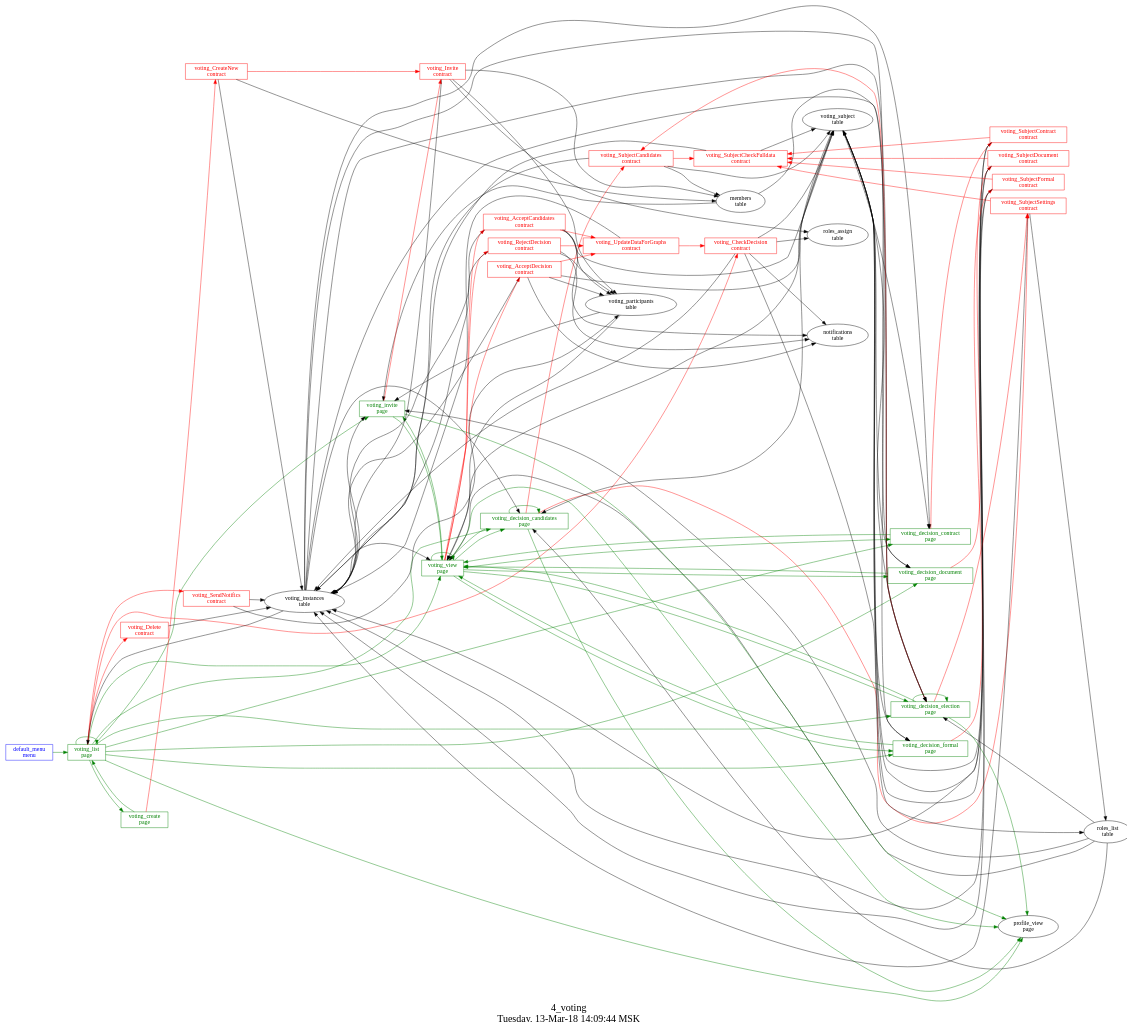
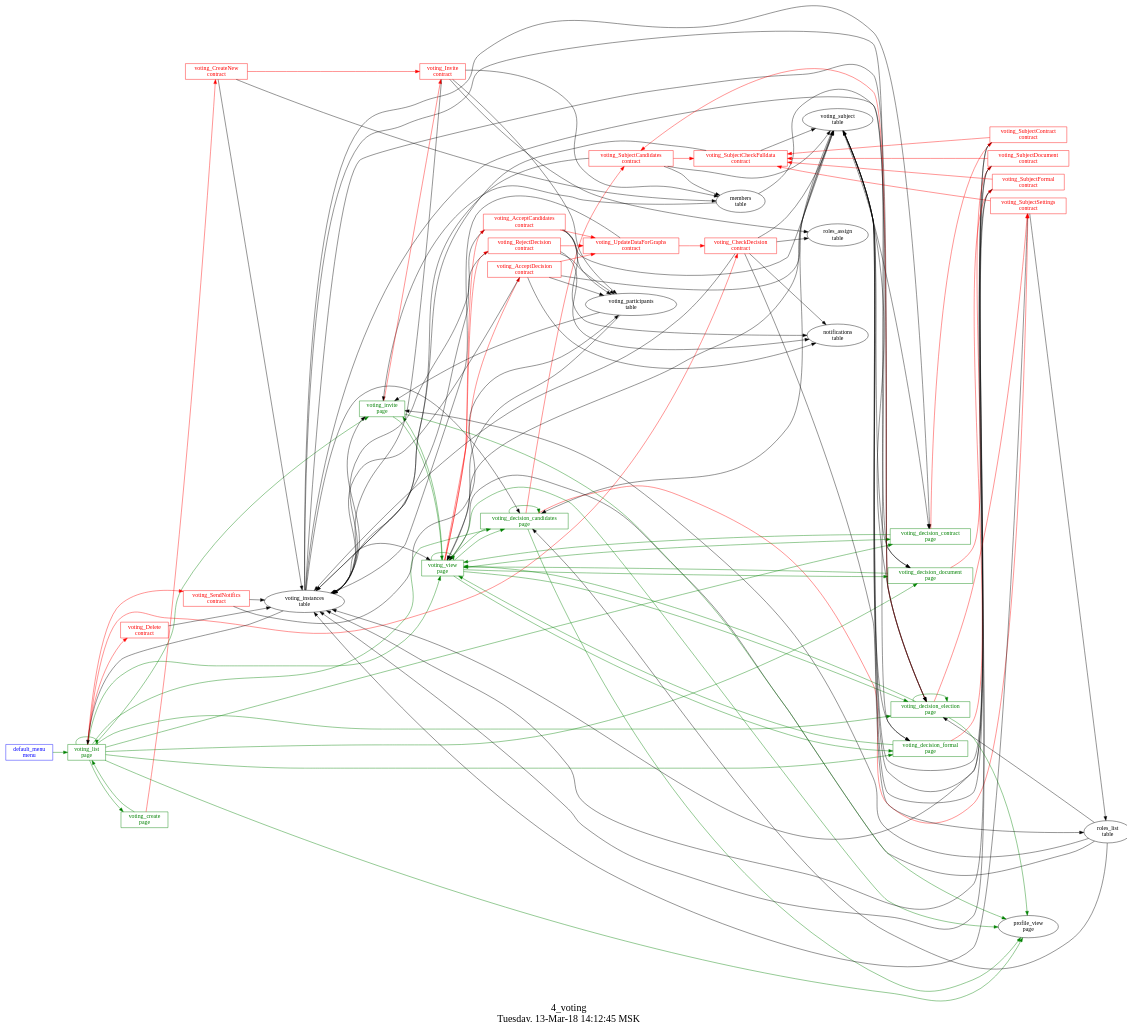
One commit to AplaProject/apps changed the diagram in src/basic/common/4_voting/struct.dot. Above: the diagram before and after it, drawn with Graphviz. The commit also changed 2 other files, not shown here.

```diff
--- a/src/basic/common/4_voting/struct.dot
+++ b/src/basic/common/4_voting/struct.dot
@@ -1,155 +1,155 @@
 digraph G {
 graph [
   fontsize="24";
-  label="4_voting\nTuesday, 13-Mar-18 14:09:44 MSK";
+  label="4_voting\nTuesday, 13-Mar-18 14:12:45 MSK";
   nojustify=true;
   ordering=out;
   rankdir=LR;
   size="30";
 ];
 "default_menu\nmenu" -> "voting_list\npage"  [ color=green ]
 "default_menu\nmenu" [color=blue, fontcolor=blue, group=menus, shape=record];
 "voting_create\npage" -> "voting_CreateNew\ncontract"  [ color=red ]
 "voting_create\npage" -> "voting_list\npage"  [ color=green ]
 "voting_create\npage" [color=green, fontcolor=green, group=pages, shape=record];
 "voting_decision_candidates\npage" -> "voting_SubjectCandidates\ncontract"  [ color=red ]
 "voting_decision_candidates\npage" -> "voting_SubjectSettings\ncontract"  [ color=red ]
 "voting_instances\ntable" -> "voting_decision_candidates\npage"  [ color="" ]
 "voting_subject\ntable" -> "voting_decision_candidates\npage"  [ color="" ]
 "roles_list\ntable" -> "voting_decision_candidates\npage"  [ color="" ]
 "voting_decision_candidates\npage" -> "voting_decision_candidates\npage"  [ color=green ]
 "voting_decision_candidates\npage" -> "profile_view\npage"  [ color=green ]
 "voting_decision_candidates\npage" -> "voting_view\npage"  [ color=green ]
 "voting_decision_candidates\npage" [color=green, fontcolor=green, group=pages, shape=record];
 "voting_decision_contract\npage" -> "voting_SubjectContract\ncontract"  [ color=red ]
 "voting_instances\ntable" -> "voting_decision_contract\npage"  [ color="" ]
 "voting_subject\ntable" -> "voting_decision_contract\npage"  [ color="" ]
 "voting_decision_contract\npage" -> "voting_view\npage"  [ color=green ]
 "voting_decision_contract\npage" [color=green, fontcolor=green, group=pages, shape=record];
 "voting_decision_document\npage" -> "voting_SubjectDocument\ncontract"  [ color=red ]
 "voting_instances\ntable" -> "voting_decision_document\npage"  [ color="" ]
 "voting_subject\ntable" -> "voting_decision_document\npage"  [ color="" ]
 "voting_decision_document\npage" -> "voting_view\npage"  [ color=green ]
 "voting_decision_document\npage" [color=green, fontcolor=green, group=pages, shape=record];
 "voting_decision_election\npage" -> "voting_SubjectCandidates\ncontract"  [ color=red ]
 "voting_decision_election\npage" -> "voting_SubjectSettings\ncontract"  [ color=red ]
 "voting_instances\ntable" -> "voting_decision_election\npage"  [ color="" ]
 "members\ntable" -> "voting_decision_election\npage"  [ color="" ]
 "voting_subject\ntable" -> "voting_decision_election\npage"  [ color="" ]
 "roles_list\ntable" -> "voting_decision_election\npage"  [ color="" ]
 "voting_decision_election\npage" -> "voting_decision_election\npage"  [ color=green ]
 "voting_decision_election\npage" -> "profile_view\npage"  [ color=green ]
 "voting_decision_election\npage" -> "voting_view\npage"  [ color=green ]
 "voting_decision_election\npage" [color=green, fontcolor=green, group=pages, shape=record];
 "voting_decision_formal\npage" -> "voting_SubjectFormal\ncontract"  [ color=red ]
 "voting_instances\ntable" -> "voting_decision_formal\npage"  [ color="" ]
 "voting_subject\ntable" -> "voting_decision_formal\npage"  [ color="" ]
 "voting_decision_formal\npage" -> "voting_view\npage"  [ color=green ]
 "voting_decision_formal\npage" [color=green, fontcolor=green, group=pages, shape=record];
 "voting_invite\npage" -> "voting_Invite\ncontract"  [ color=red ]
 "voting_instances\ntable" -> "voting_invite\npage"  [ color="" ]
 "voting_participants\ntable" -> "voting_invite\npage"  [ color="" ]
 "members\ntable" -> "voting_invite\npage"  [ color="" ]
 "roles_list\ntable" -> "voting_invite\npage"  [ color="" ]
 "voting_invite\npage" -> "profile_view\npage"  [ color=green ]
 "voting_invite\npage" -> "voting_view\npage"  [ color=green ]
 "voting_invite\npage" [color=green, fontcolor=green, group=pages, shape=record];
 "voting_list\npage" -> "voting_SendNotifics\ncontract"  [ color=red ]
 "voting_list\npage" -> "voting_CheckDecision\ncontract"  [ color=red ]
 "voting_list\npage" -> "voting_Delete\ncontract"  [ color=red ]
 "voting_instances\ntable" -> "voting_list\npage"  [ color="" ]
 "voting_list\npage" -> "voting_view\npage"  [ color=green ]
 "voting_list\npage" -> "voting_decision_candidates\npage"  [ color=green ]
 "voting_list\npage" -> "voting_decision_election\npage"  [ color=green ]
 "voting_list\npage" -> "voting_decision_document\npage"  [ color=green ]
 "voting_list\npage" -> "voting_decision_formal\npage"  [ color=green ]
 "voting_list\npage" -> "voting_decision_contract\npage"  [ color=green ]
 "voting_list\npage" -> "voting_invite\npage"  [ color=green ]
 "voting_list\npage" -> "voting_list\npage"  [ color=green ]
 "voting_list\npage" -> "profile_view\npage"  [ color=green ]
 "voting_list\npage" -> "voting_create\npage"  [ color=green ]
 "voting_list\npage" [color=green, fontcolor=green, group=pages, shape=record];
 "voting_view\npage" -> "voting_AcceptCandidates\ncontract"  [ color=red ]
 "voting_view\npage" -> "voting_RejectDecision\ncontract"  [ color=red ]
 "voting_view\npage" -> "voting_AcceptDecision\ncontract"  [ color=red ]
 "voting_instances\ntable" -> "voting_view\npage"  [ color="" ]
 "voting_participants\ntable" -> "voting_view\npage"  [ color="" ]
 "roles_list\ntable" -> "voting_view\npage"  [ color="" ]
 "voting_subject\ntable" -> "voting_view\npage"  [ color="" ]
 "voting_view\npage" -> "profile_view\npage"  [ color=green ]
 "voting_view\npage" -> "voting_view\npage"  [ color=green ]
 "voting_view\npage" -> "voting_decision_candidates\npage"  [ color=green ]
 "voting_view\npage" -> "voting_decision_election\npage"  [ color=green ]
 "voting_view\npage" -> "voting_decision_document\npage"  [ color=green ]
 "voting_view\npage" -> "voting_decision_formal\npage"  [ color=green ]
 "voting_view\npage" -> "voting_decision_contract\npage"  [ color=green ]
 "voting_view\npage" -> "voting_invite\npage"  [ color=green ]
 "voting_view\npage" [color=green, fontcolor=green, group=pages, shape=record];
 "voting_AcceptCandidates\ncontract" -> "voting_UpdateDataForGraphs\ncontract"  [ color=red ]
 "voting_AcceptCandidates\ncontract" -> "voting_instances\ntable"  [ color="" ]
 "voting_AcceptCandidates\ncontract" -> "voting_subject\ntable"  [ color="" ]
 "voting_AcceptCandidates\ncontract" -> "voting_participants\ntable"  [ color="" ]
 "voting_AcceptCandidates\ncontract" -> "notifications\ntable"  [ color="" ]
 "voting_AcceptCandidates\ncontract" [color=red, fontcolor=red, group=contracts, shape=record];
 "voting_AcceptDecision\ncontract" -> "voting_UpdateDataForGraphs\ncontract"  [ color=red ]
 "voting_AcceptDecision\ncontract" -> "voting_instances\ntable"  [ color="" ]
 "voting_AcceptDecision\ncontract" -> "voting_subject\ntable"  [ color="" ]
 "voting_AcceptDecision\ncontract" -> "voting_participants\ntable"  [ color="" ]
 "voting_AcceptDecision\ncontract" -> "notifications\ntable"  [ color="" ]
 "voting_AcceptDecision\ncontract" [color=red, fontcolor=red, group=contracts, shape=record];
 "voting_CheckDecision\ncontract" -> "voting_instances\ntable"  [ color="" ]
 "voting_CheckDecision\ncontract" -> "voting_subject\ntable"  [ color="" ]
 "voting_CheckDecision\ncontract" -> "notifications\ntable"  [ color="" ]
 "voting_CheckDecision\ncontract" -> "roles_list\ntable"  [ color="" ]
 "voting_CheckDecision\ncontract" -> "roles_assign\ntable"  [ color="" ]
 "voting_CheckDecision\ncontract" [color=red, fontcolor=red, group=contracts, shape=record];
 "voting_CreateNew\ncontract" -> "voting_Invite\ncontract"  [ color=red ]
 "voting_CreateNew\ncontract" -> "members\ntable"  [ color="" ]
 "voting_CreateNew\ncontract" -> "voting_instances\ntable"  [ color="" ]
 "voting_CreateNew\ncontract" [color=red, fontcolor=red, group=contracts, shape=record];
 "voting_Delete\ncontract" -> "voting_instances\ntable"  [ color="" ]
 "voting_Delete\ncontract" [color=red, fontcolor=red, group=contracts, shape=record];
 "voting_Invite\ncontract" -> "voting_instances\ntable"  [ color="" ]
 "voting_Invite\ncontract" -> "voting_participants\ntable"  [ color="" ]
 "voting_Invite\ncontract" -> "members\ntable"  [ color="" ]
 "voting_Invite\ncontract" -> "roles_assign\ntable"  [ color="" ]
 "voting_Invite\ncontract" [color=red, fontcolor=red, group=contracts, shape=record];
 "voting_RejectDecision\ncontract" -> "voting_UpdateDataForGraphs\ncontract"  [ color=red ]
 "voting_RejectDecision\ncontract" -> "voting_instances\ntable"  [ color="" ]
 "voting_RejectDecision\ncontract" -> "voting_participants\ntable"  [ color="" ]
 "voting_RejectDecision\ncontract" -> "notifications\ntable"  [ color="" ]
 "voting_RejectDecision\ncontract" [color=red, fontcolor=red, group=contracts, shape=record];
 "voting_SendNotifics\ncontract" -> "voting_instances\ntable"  [ color="" ]
 "voting_SendNotifics\ncontract" -> "voting_participants\ntable"  [ color="" ]
 "voting_SendNotifics\ncontract" [color=red, fontcolor=red, group=contracts, shape=record];
 "voting_SubjectCandidates\ncontract" -> "voting_SubjectCheckFulldata\ncontract"  [ color=red ]
 "voting_SubjectCandidates\ncontract" -> "voting_instances\ntable"  [ color="" ]
 "voting_SubjectCandidates\ncontract" -> "voting_subject\ntable"  [ color="" ]
 "voting_SubjectCandidates\ncontract" -> "members\ntable"  [ color="" ]
 "voting_SubjectCandidates\ncontract" [color=red, fontcolor=red, group=contracts, shape=record];
 "voting_SubjectCheckFulldata\ncontract" -> "voting_instances\ntable"  [ color="" ]
 "voting_SubjectCheckFulldata\ncontract" -> "voting_subject\ntable"  [ color="" ]
 "voting_SubjectCheckFulldata\ncontract" [color=red, fontcolor=red, group=contracts, shape=record];
 "voting_SubjectContract\ncontract" -> "voting_SubjectCheckFulldata\ncontract"  [ color=red ]
 "voting_SubjectContract\ncontract" -> "voting_instances\ntable"  [ color="" ]
 "voting_SubjectContract\ncontract" -> "voting_subject\ntable"  [ color="" ]
 "voting_SubjectContract\ncontract" [color=red, fontcolor=red, group=contracts, shape=record];
 "voting_SubjectDocument\ncontract" -> "voting_SubjectCheckFulldata\ncontract"  [ color=red ]
 "voting_SubjectDocument\ncontract" -> "voting_instances\ntable"  [ color="" ]
 "voting_SubjectDocument\ncontract" -> "voting_subject\ntable"  [ color="" ]
 "voting_SubjectDocument\ncontract" [color=red, fontcolor=red, group=contracts, shape=record];
 "voting_SubjectFormal\ncontract" -> "voting_SubjectCheckFulldata\ncontract"  [ color=red ]
 "voting_SubjectFormal\ncontract" -> "voting_instances\ntable"  [ color="" ]
 "voting_SubjectFormal\ncontract" -> "voting_subject\ntable"  [ color="" ]
 "voting_SubjectFormal\ncontract" [color=red, fontcolor=red, group=contracts, shape=record];
 "voting_SubjectSettings\ncontract" -> "voting_SubjectCheckFulldata\ncontract"  [ color=red ]
 "voting_SubjectSettings\ncontract" -> "voting_instances\ntable"  [ color="" ]
 "voting_SubjectSettings\ncontract" -> "roles_list\ntable"  [ color="" ]
 "voting_SubjectSettings\ncontract" [color=red, fontcolor=red, group=contracts, shape=record];
 "voting_UpdateDataForGraphs\ncontract" -> "voting_CheckDecision\ncontract"  [ color=red ]
 "voting_UpdateDataForGraphs\ncontract" -> "voting_instances\ntable"  [ color="" ]
 "voting_UpdateDataForGraphs\ncontract" [color=red, fontcolor=red, group=contracts, shape=record];
 "voting_instances\ntable" [color="", fontcolor="", group=tables, shape=""];
 "voting_participants\ntable" [color="", fontcolor="", group=tables, shape=""];
 "voting_subject\ntable" [color="", fontcolor="", group=tables, shape=""];
 }
```
